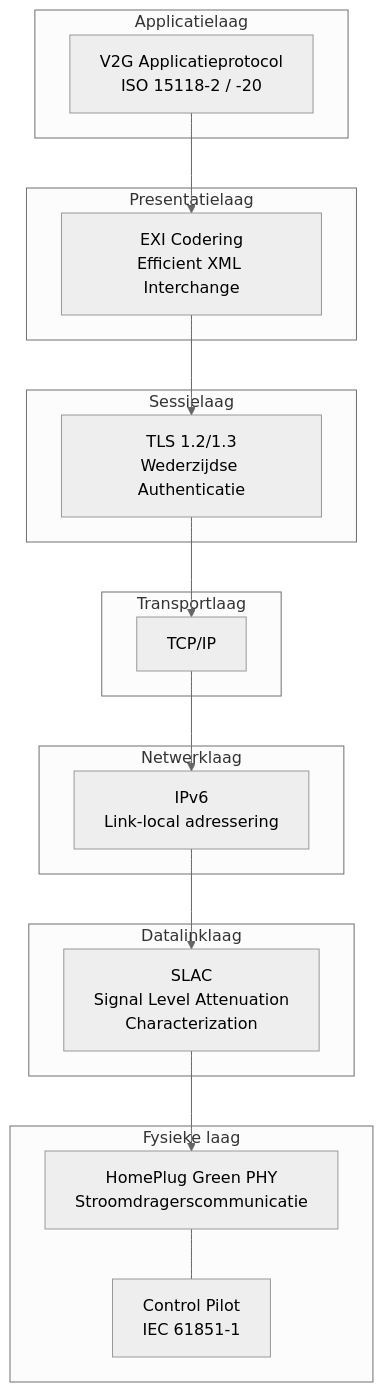
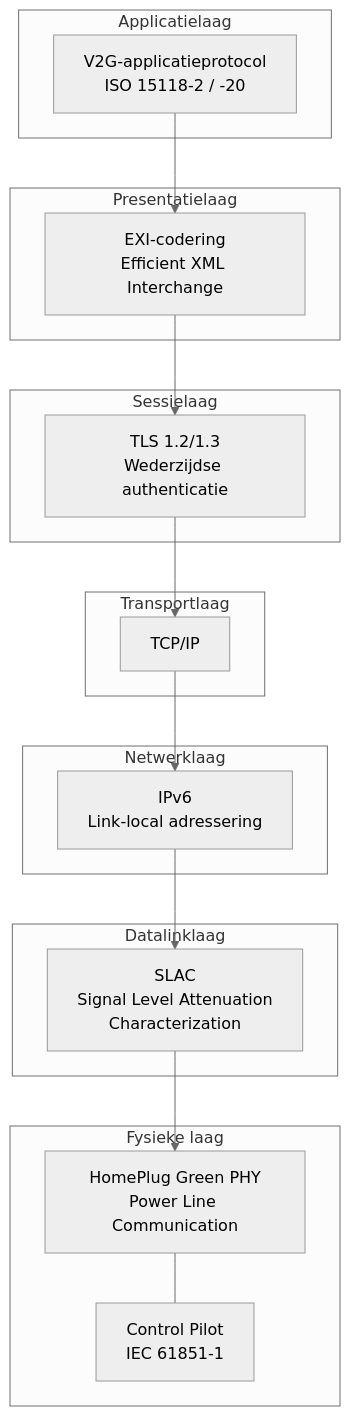
One commit to imichelena/stroomlijnen-docs changed the first of 3 diagrams in docs/technical/iso-15118.md. Above: the diagram before and after it, drawn with Mermaid (neutral theme). The commit also changed other lines of this file and 3 other files, not shown here.

````diff
--- a/docs/technical/iso-15118.md
+++ b/docs/technical/iso-15118.md
@@ -26,34 +26,34 @@
 ```mermaid
 graph TB
     subgraph "Applicatielaag"
-        V2G[V2G Applicatieprotocol<br/>ISO 15118-2 / -20]
+        V2G[V2G-applicatieprotocol<br/>ISO 15118-2 / -20]
     end
 
     subgraph "Presentatielaag"
-        EXI[EXI Codering<br/>Efficient XML Interchange]
+        EXI[EXI-codering<br/>Efficient XML Interchange]
     end
 
     subgraph "Sessielaag"
-        TLS[TLS 1.2/1.3<br/>Wederzijdse Authenticatie]
+        TLS[TLS 1.2/1.3<br/>Wederzijdse authenticatie]
     end
 
     subgraph "Transportlaag"
         TCP[TCP/IP]
     end
 
     subgraph "Netwerklaag"
         IPv6[IPv6<br/>Link-local adressering]
     end
 
     subgraph "Datalinklaag"
         SLAC[SLAC<br/>Signal Level Attenuation<br/>Characterization]
     end
 
     subgraph "Fysieke laag"
-        PLC[HomePlug Green PHY<br/>Stroomdragerscommunicatie]
+        PLC[HomePlug Green PHY<br/>Power Line Communication]
         CP[Control Pilot<br/>IEC 61851-1]
     end
 
     V2G --> EXI --> TLS --> TCP --> IPv6 --> SLAC --> PLC
     PLC --- CP
 ```
````
